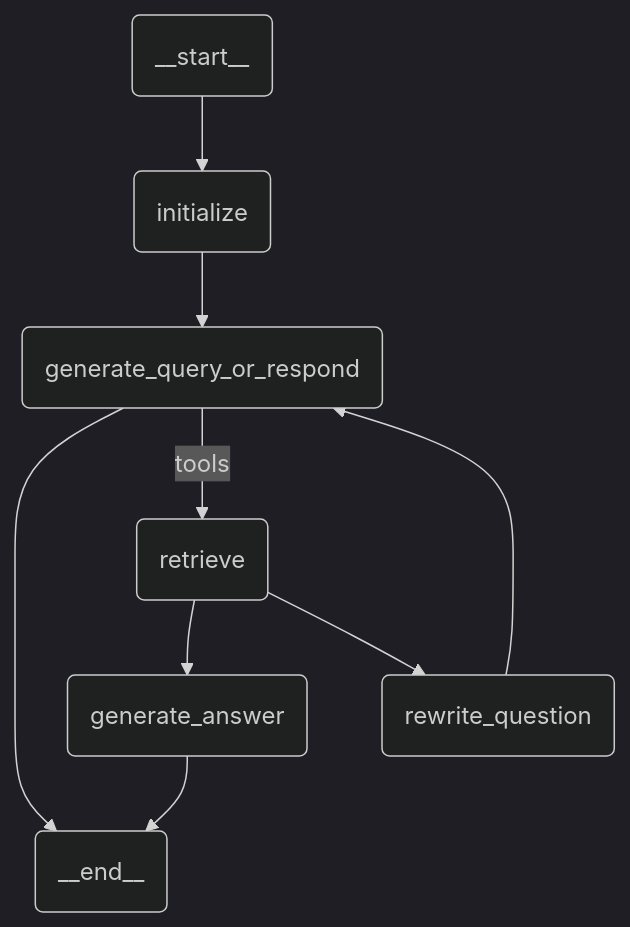
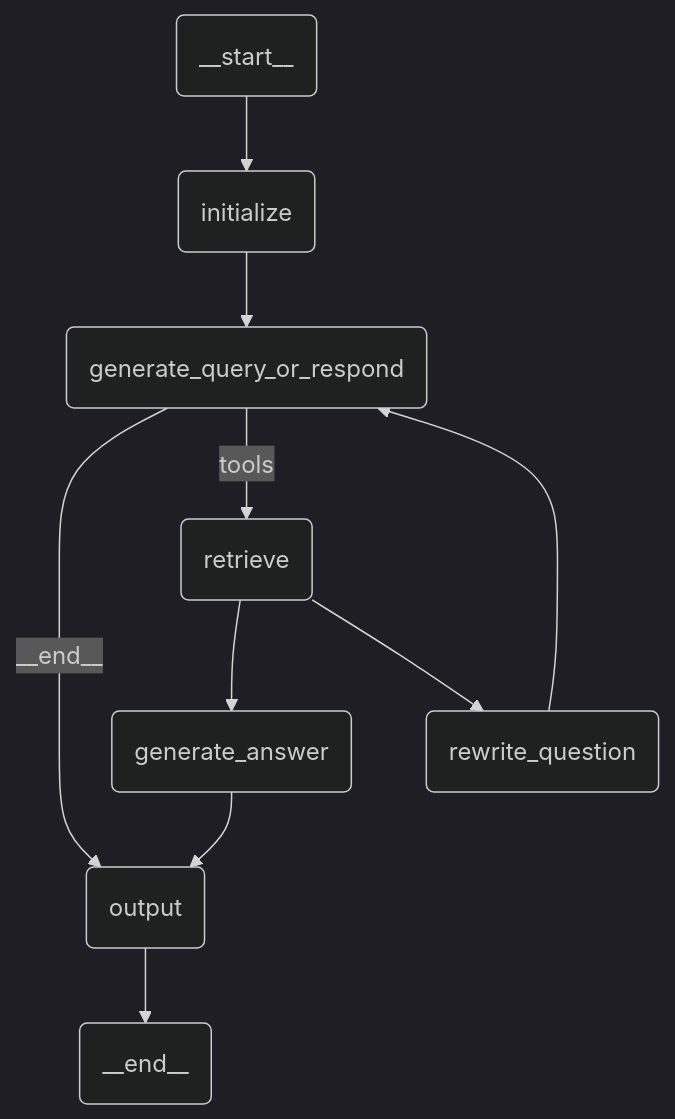
The diagram in agent.mermaid (jms-dcksn/uipath-langgraph-custom-rag), drawn with Mermaid (dark theme) before and after one commit. The commit also changed 3 other files, not shown here.

```diff
--- a/agent.mermaid
+++ b/agent.mermaid
@@ -1,16 +1,18 @@
 flowchart TB
   __start__(__start__)
   initialize(initialize)
   retrieve(retrieve)
   generate_query_or_respond(generate_query_or_respond)
   rewrite_question(rewrite_question)
   generate_answer(generate_answer)
+  output(output)
   __end__(__end__)
   __start__ --> initialize
-  generate_query_or_respond --> __end__
+  generate_answer --> output
+  generate_query_or_respond --> |__end__|output
   generate_query_or_respond --> |tools|retrieve
   initialize --> generate_query_or_respond
   retrieve --> generate_answer
   retrieve --> rewrite_question
   rewrite_question --> generate_query_or_respond
-  generate_answer --> __end__
+  output --> __end__
```
